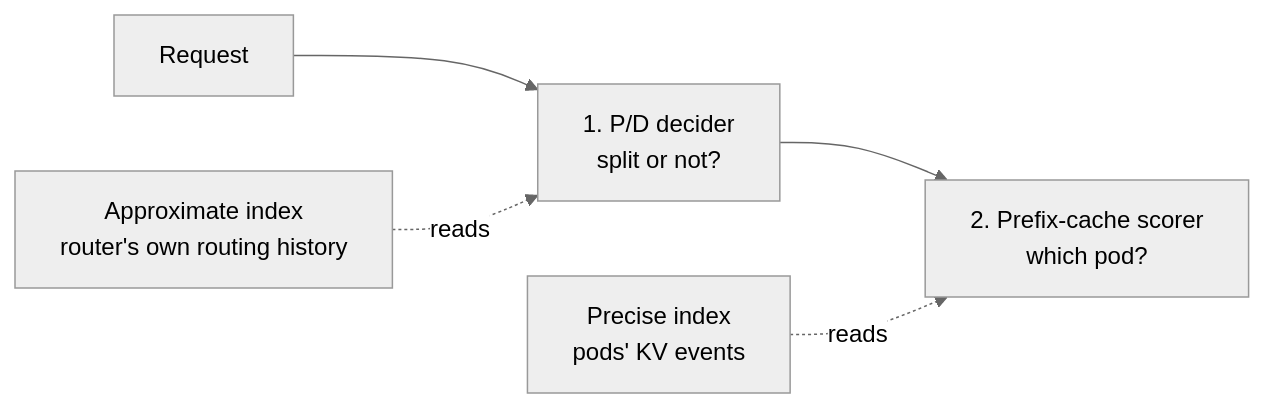
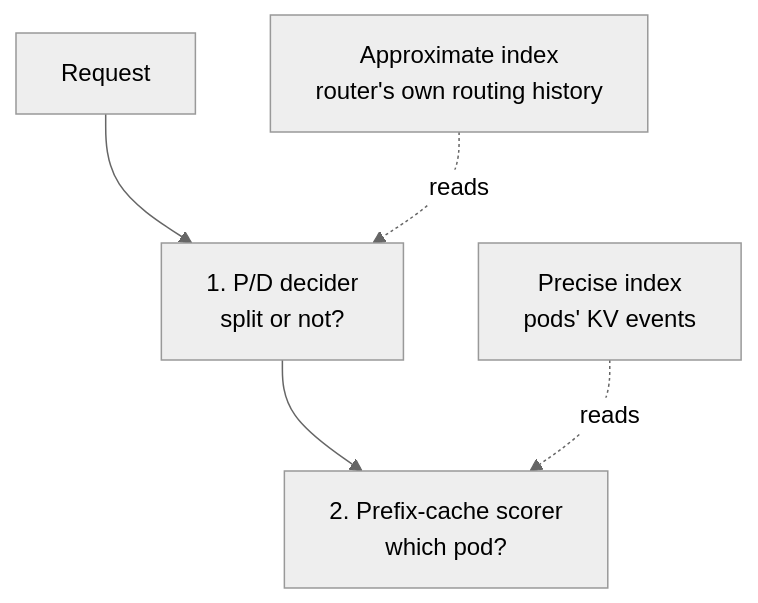
One commit to igfurlan/k3s-llmd-lab changed the third of 3 diagrams in docs/precise-routing-explained.md. Above: the diagram before and after it, drawn with Mermaid (neutral theme). The commit also changed other lines of this file, not shown here.

Commit message:
docs: lay out the precise-routing flowcharts top to bottom
GitHub rendered the two left-to-right flowcharts cropped in a short frame at
narrow widths. Top-to-bottom fits the page column.

````diff
--- a/docs/precise-routing-explained.md
+++ b/docs/precise-routing-explained.md
@@ -146,7 +146,7 @@
 ```mermaid
-flowchart LR
+flowchart TB
     Q[Request] --> D["1. P/D decider<br/>split or not?"]
     D --> SC["2. Prefix-cache scorer<br/>which pod?"]
     A["Approximate index<br/>router's own routing history"] -. reads .-> D
     P["Precise index<br/>pods' KV events"] -. reads .-> SC
 ```
````
